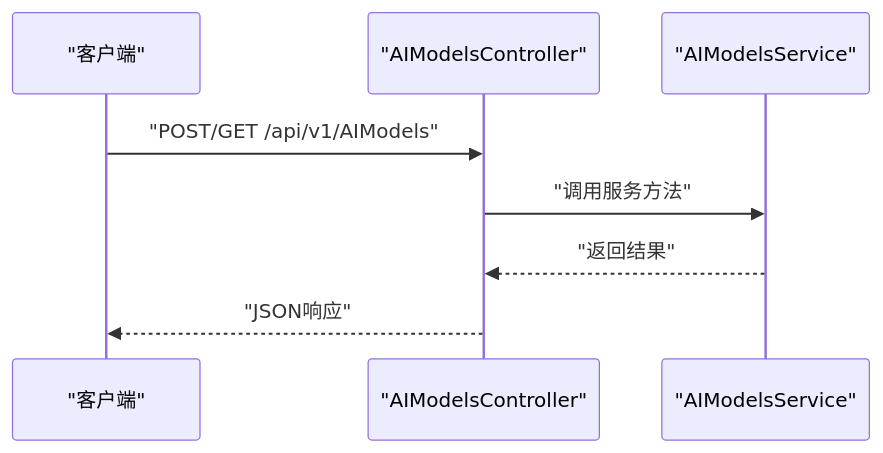
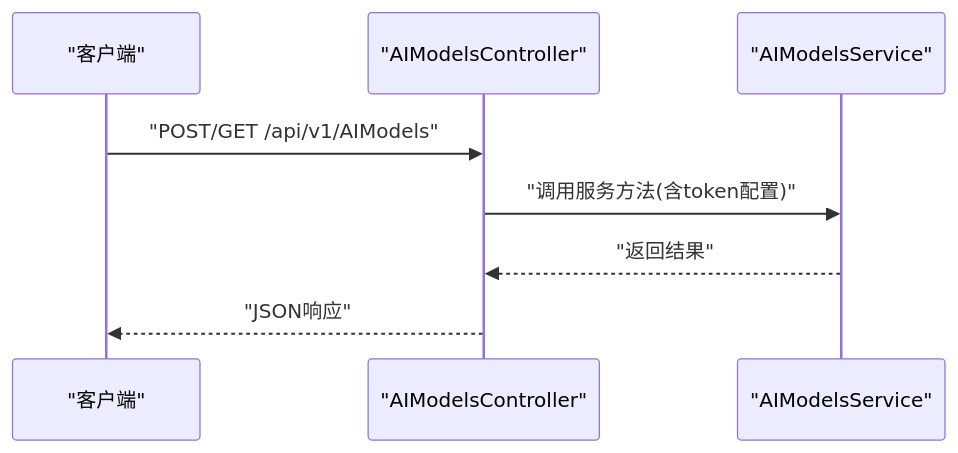
Before and after one commit to junkai-li/NetCoreKevin: the fifth of 7 diagrams in .qoder/repowiki/zh/content/AI智能体/模型管理.md, drawn with Mermaid. The commit also changed other lines of this file and 41 other files, not shown here.

````diff
--- a/.qoder/repowiki/zh/content/AI智能体/模型管理.md
+++ b/.qoder/repowiki/zh/content/AI智能体/模型管理.md
@@ -200,10 +220,10 @@
 ```mermaid
 sequenceDiagram
 participant Client as "客户端"
 participant Controller as "AIModelsController"
 participant Service as "AIModelsService"
 Client->>Controller : "POST/GET /api/v1/AIModels"
-Controller->>Service : "调用服务方法"
+Controller->>Service : "调用服务方法(含token配置)"
 Service-->>Controller : "返回结果"
 Controller-->>Client : "JSON响应"
 ```
````
